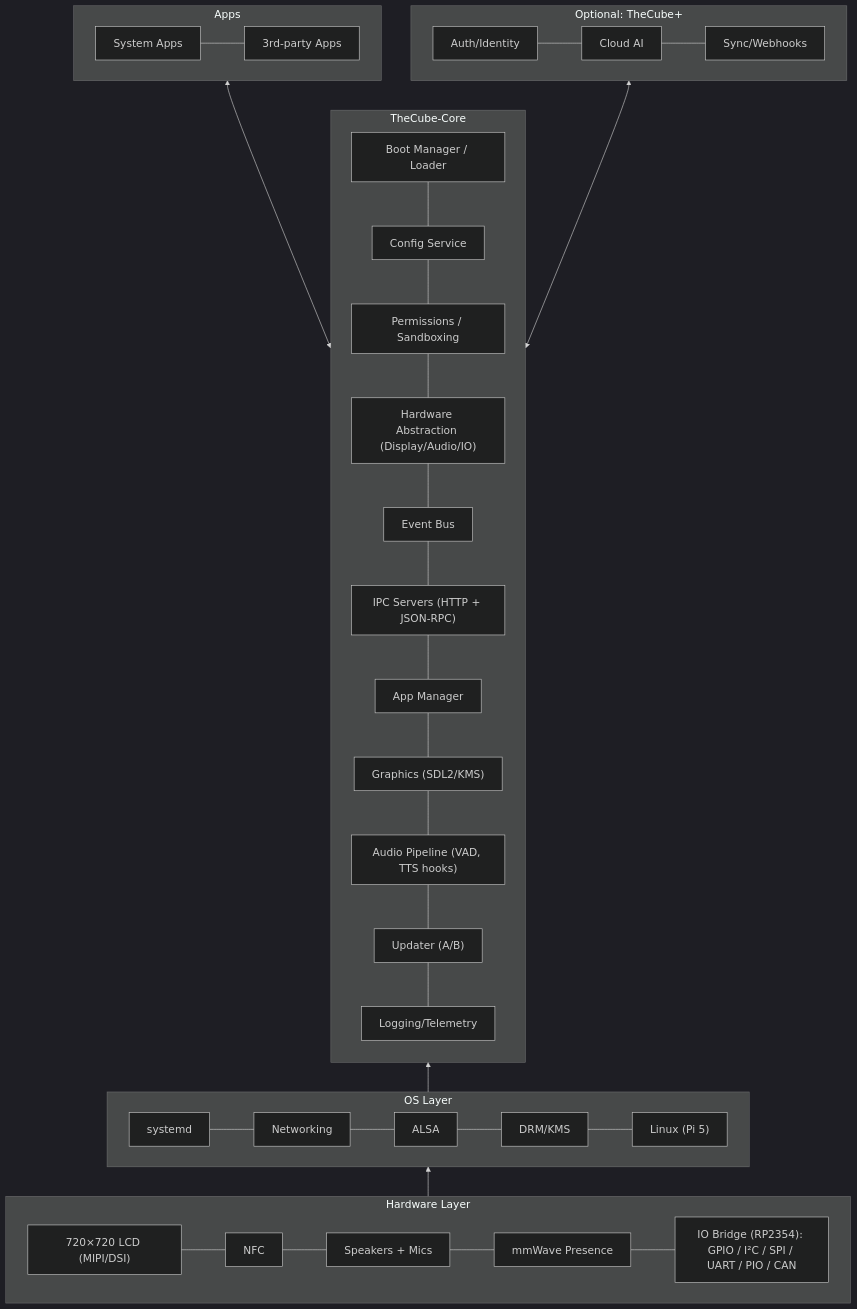
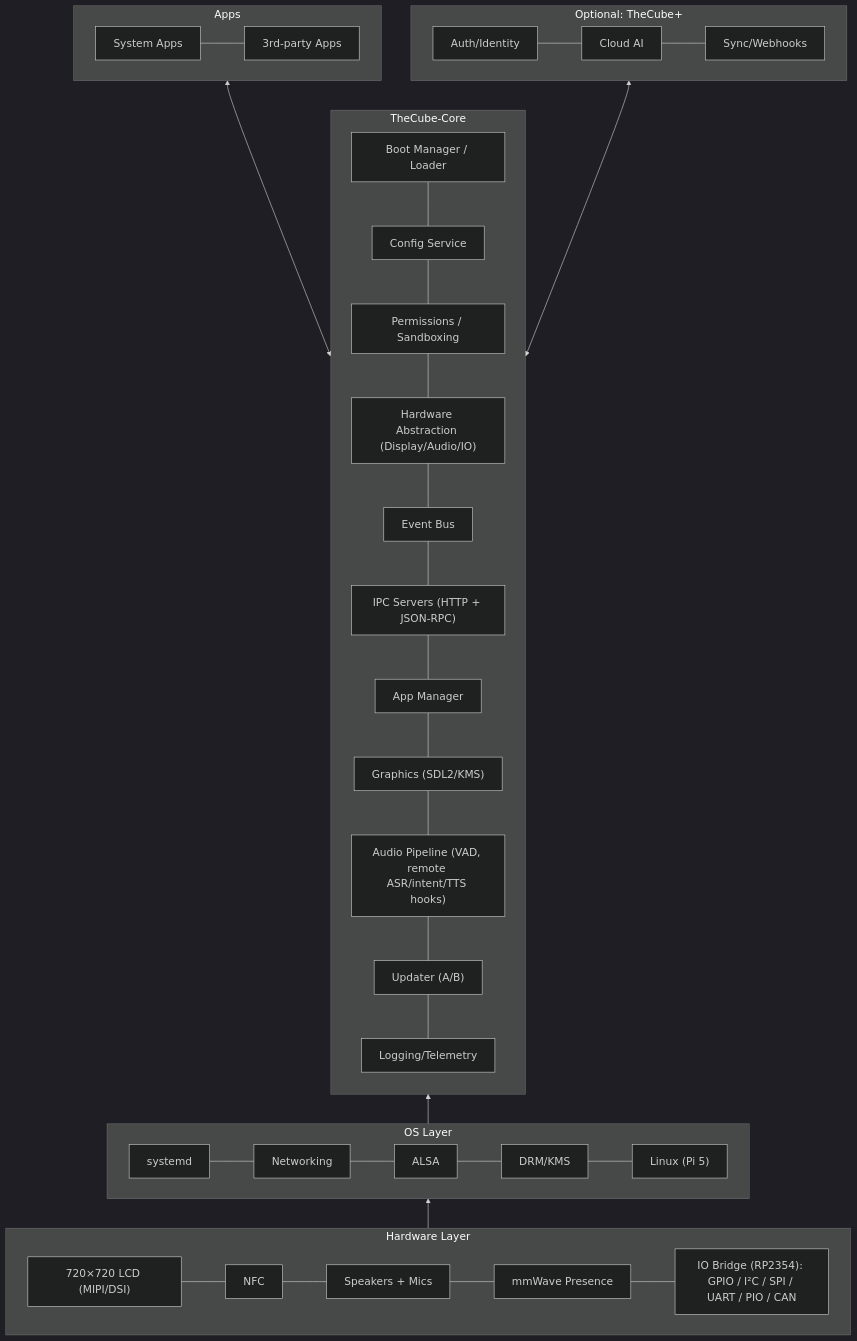
The first of 3 diagrams in core/architecture.md (Companion-TheCube/Companion-TheCube.github.io), drawn with Mermaid before and after one commit. The commit also changed other lines of this file and 3 other files, not shown here.

Commit message:
feat: update architecture and event bus documentation to reflect remote audio processing and transcription changes

````diff
--- a/core/architecture.md
+++ b/core/architecture.md
@@ -17,55 +17,55 @@
 ```mermaid
 %%{init: {'theme': 'dark', 'themeVariables': { 'fontSize': '18px', 'fontFamily': 'monospace' }}}%%
 flowchart BT
 
  subgraph APPS["Apps"]
  direction LR
         SYSAPPS["System Apps"]
         THIRDPARTY["3rd‑party Apps"]
         SYSAPPS --- THIRDPARTY
   end
  subgraph CLOUD["Optional: TheCube+"]
  direction LR
         AUTH["Auth/Identity"]
         LLM["Cloud AI"]
         SYNC["Sync/Webhooks"]
         AUTH --- LLM --- SYNC
   end
   subgraph CORE["TheCube‑Core"]
   direction TB
         BOOTMGR["Boot Manager / Loader"]
         CFG["Config Service"]
         PM["Permissions / Sandboxing"]
         HWA["Hardware Abstraction (Display/Audio/IO)"]
         EVBUS["Event Bus"]
         IPC["IPC Servers (HTTP + JSON‑RPC)"]
         APPSVC["App Manager"]
         GFX["Graphics (SDL2/KMS)"]
-        AUD["Audio Pipeline (VAD, TTS hooks)"]
+        AUD["Audio Pipeline (VAD, remote ASR/intent/TTS hooks)"]
         UPDATE["Updater (A/B)"]
         LOG["Logging/Telemetry"]
         BOOTMGR --- CFG --- PM --- HWA --- EVBUS --- IPC --- APPSVC --- GFX --- AUD --- UPDATE --- LOG
   end
   subgraph OS["OS Layer"]
  direction LR
         KERNEL["Linux (Pi 5)"]
         DRM["DRM/KMS"]
         ALSA["ALSA"]
         NET["Networking"]
         SYS["systemd"]
         SYS --- NET --- ALSA --- DRM --- KERNEL
         end
   subgraph HW["Hardware Layer"]
   direction LR
         LCD["720×720 LCD (MIPI/DSI)"]
         AUDIO["Speakers + Mics"]
         MM["mmWave Presence"]
         NFC["NFC"]
         BRIDGES["IO Bridge (RP2354): GPIO / I²C / SPI / UART / PIO / CAN"]
         LCD --- NFC --- AUDIO --- MM --- BRIDGES
   end
     CORE <--> APPS
     CORE <--> CLOUD
     OS --> CORE
     HW --> OS
 ```
````
